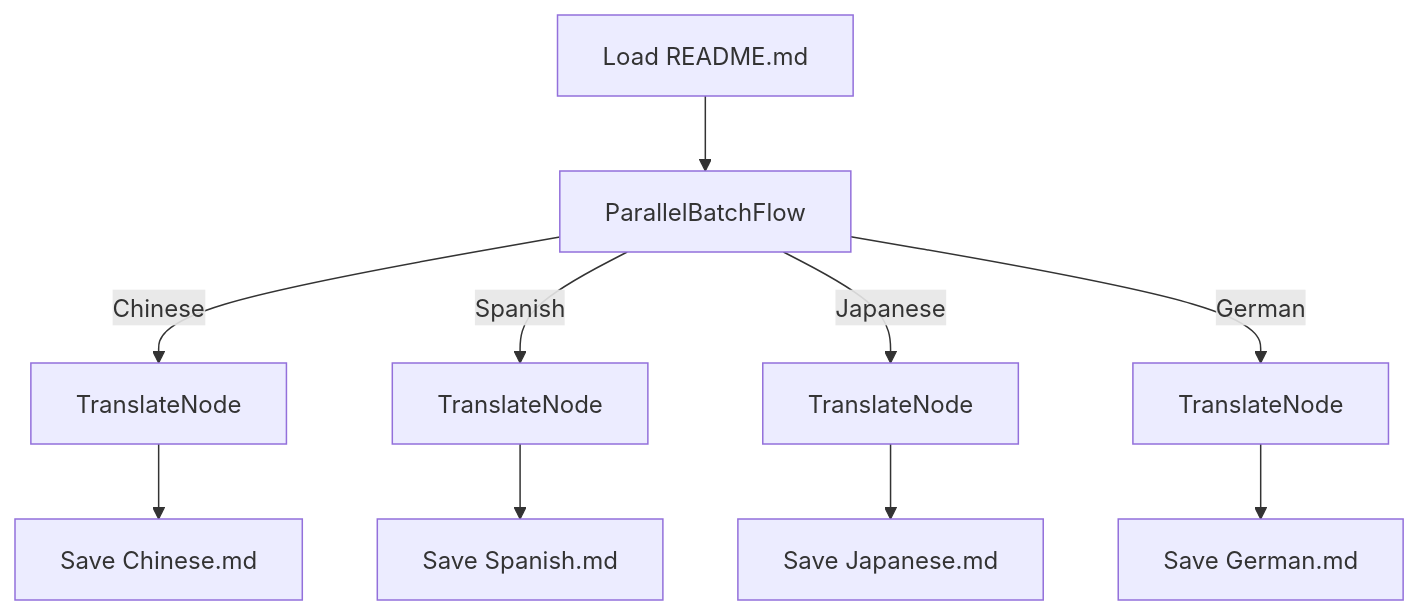
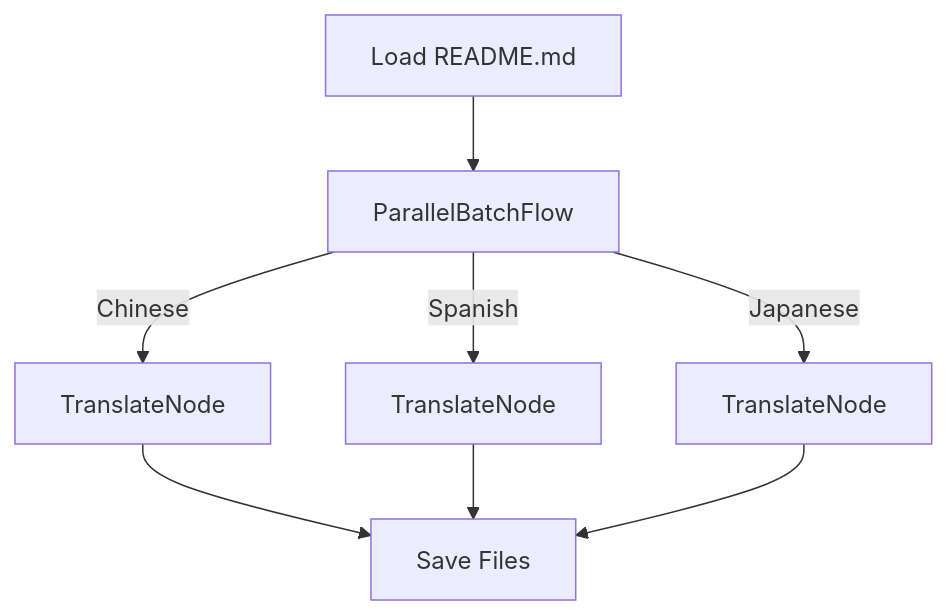
One commit to gorango/flowcraft changed the third of 4 diagrams in README.md. Above: the diagram before and after it, drawn with Mermaid. The commit also changed other lines of this file and 41 other files, not shown here.

````diff
--- a/README.md
+++ b/README.md
@@ -101,12 +81,8 @@
 ```mermaid
 graph TD
     A[Load README.md] --> B["ParallelBatchFlow"]
     B -- "Chinese" --> T1[TranslateNode]
     B -- "Spanish" --> T2[TranslateNode]
     B -- "Japanese" --> T3[TranslateNode]
-    B -- "German" --> T4[TranslateNode]
-    T1 --> S1[Save Chinese.md]
-    T2 --> S2[Save Spanish.md]
-    T3 --> S3[Save Japanese.md]
-    T4 --> S4[Save German.md]
+    T1 & T2 & T3 --> S[Save Files]
 ```
````
